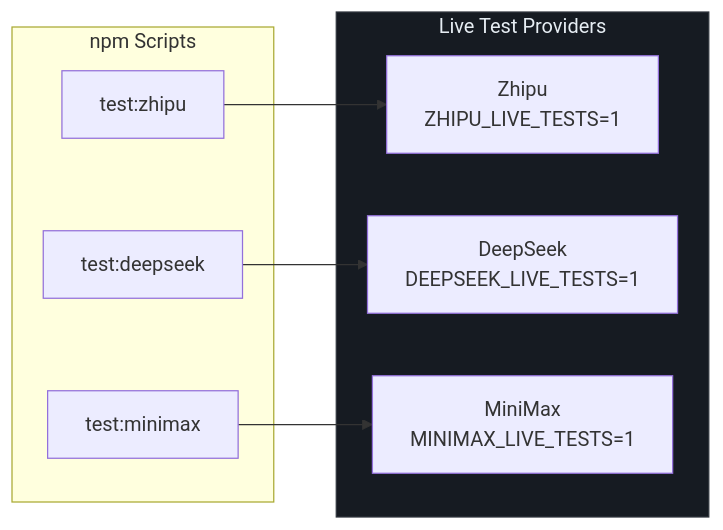
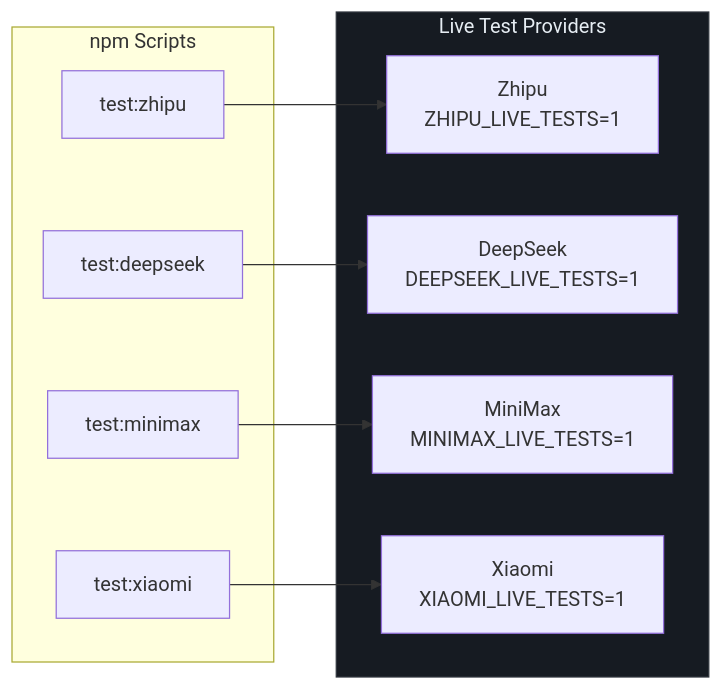
Before and after one commit to zamelee/GodeX: the fourth of 5 diagrams in wiki/08-testing/testing.md, drawn with Mermaid. The commit also changed other lines of this file and 18 other files, not shown here.

````diff
--- a/wiki/08-testing/testing.md
+++ b/wiki/08-testing/testing.md
@@ -161,19 +164,22 @@
 ```mermaid
 flowchart LR
     subgraph Providers ["Live Test Providers"]
         style Providers fill:#161b22,stroke:#30363d,color:#e6edf3
         Z["Zhipu<br>ZHIPU_LIVE_TESTS=1"]
         D["DeepSeek<br>DEEPSEEK_LIVE_TESTS=1"]
         M["MiniMax<br>MINIMAX_LIVE_TESTS=1"]
+        X["Xiaomi<br>XIAOMI_LIVE_TESTS=1"]
     end
 
     subgraph Scripts ["npm Scripts"]
         S1["test:zhipu"]
         S2["test:deepseek"]
         S3["test:minimax"]
+        S4["test:xiaomi"]
     end
 
     S1 --> Z
     S2 --> D
     S3 --> M
+    S4 --> X
 ```
````
